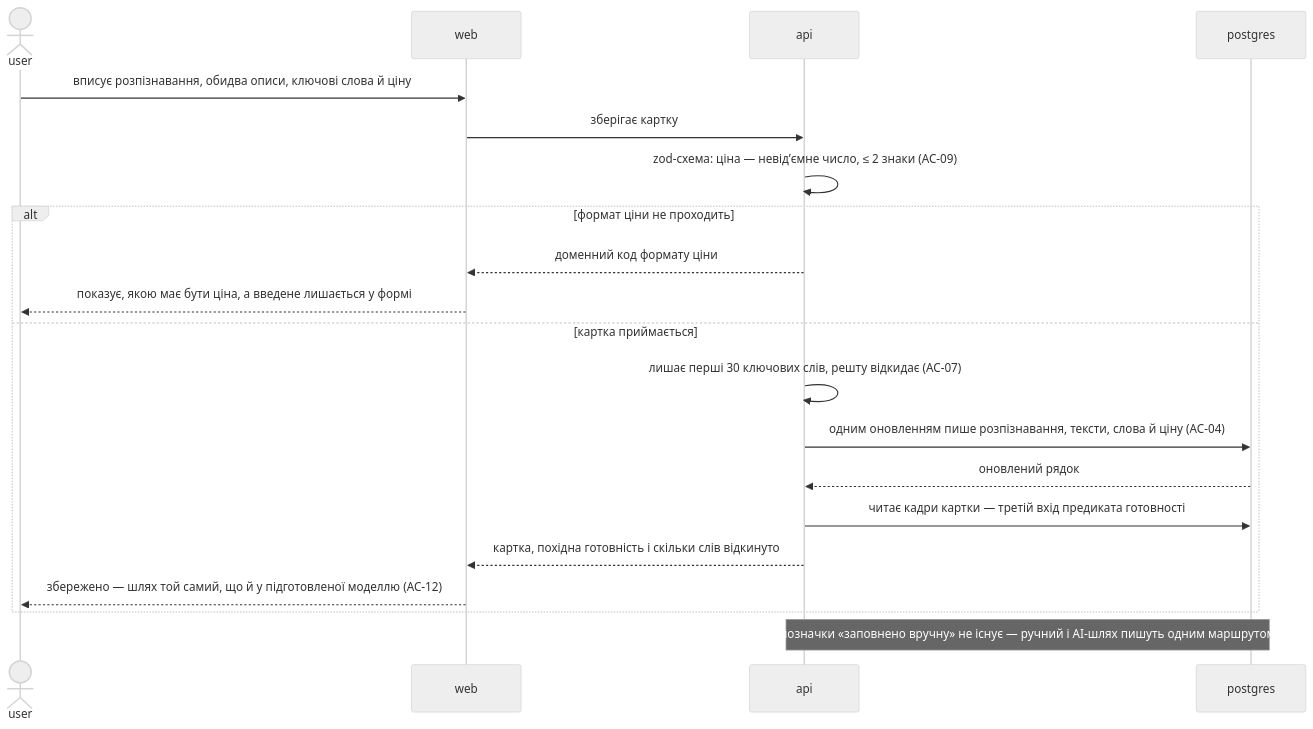
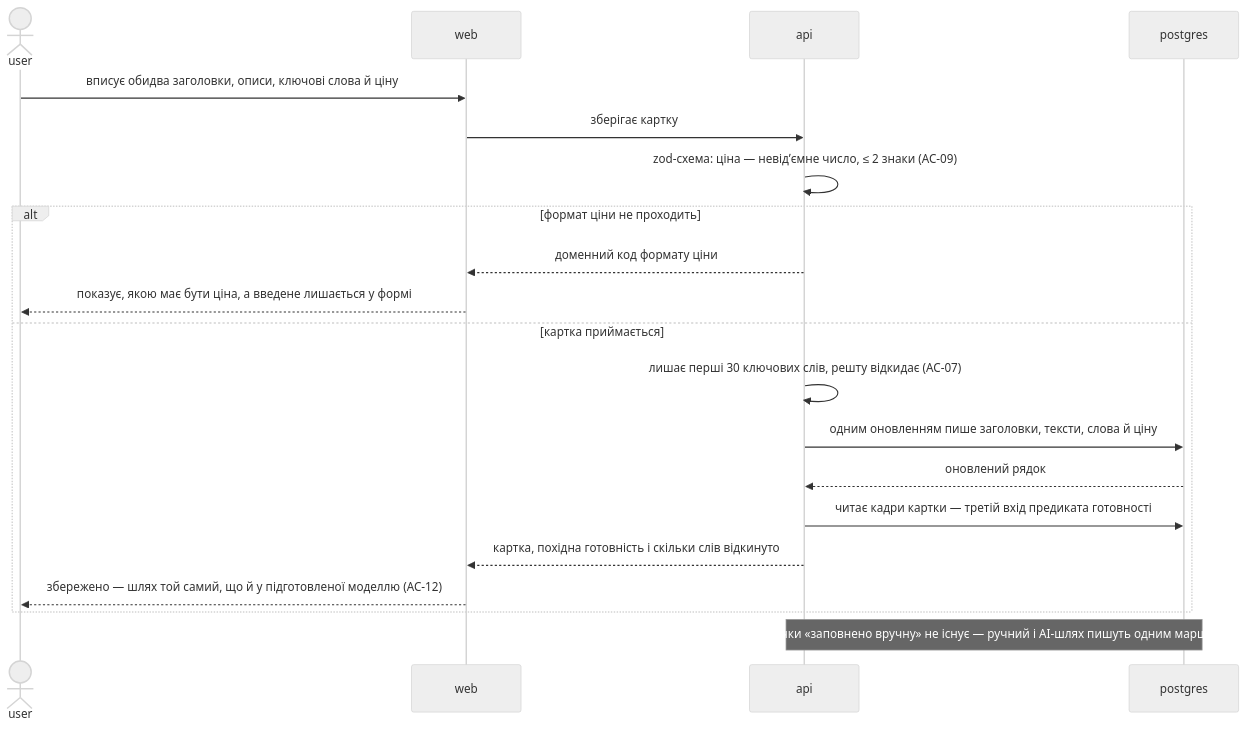
One commit to sergy-litkovskiy/mouse-springconsult changed the eighth of 12 diagrams in docs/features/product-creation-flow/sad.md. Above: the diagram before and after it, drawn with Mermaid (neutral theme). The commit also changed other lines of this file and 26 other files, not shown here.

Commit message:
update add/edit product flow

````diff
--- a/docs/features/product-creation-flow/sad.md
+++ b/docs/features/product-creation-flow/sad.md
@@ -500,23 +545,23 @@
 ```mermaid
 sequenceDiagram
     actor user
     participant web
     participant api
     participant pg as postgres
 
-    user->>web: вписує розпізнавання, обидва описи, ключові слова й ціну
+    user->>web: вписує обидва заголовки, описи, ключові слова й ціну
     web->>api: зберігає картку
     api->>api: zod-схема: ціна — невідʼємне число, ≤ 2 знаки (AC-09)
     alt формат ціни не проходить
         api-->>web: доменний код формату ціни
         web-->>user: показує, якою має бути ціна, а введене лишається у формі
     else картка приймається
         api->>api: лишає перші 30 ключових слів, решту відкидає (AC-07)
-        api->>pg: одним оновленням пише розпізнавання, тексти, слова й ціну (AC-04)
+        api->>pg: одним оновленням пише заголовки, тексти, слова й ціну
         pg-->>api: оновлений рядок
         api->>pg: читає кадри картки — третій вхід предиката готовності
         api-->>web: картка, похідна готовність і скільки слів відкинуто
         web-->>user: збережено — шлях той самий, що й у підготовленої моделлю (AC-12)
     end
     Note over api,pg: позначки «заповнено вручну» не існує — ручний і AI-шлях пишуть одним маршрутом
 ```
````
